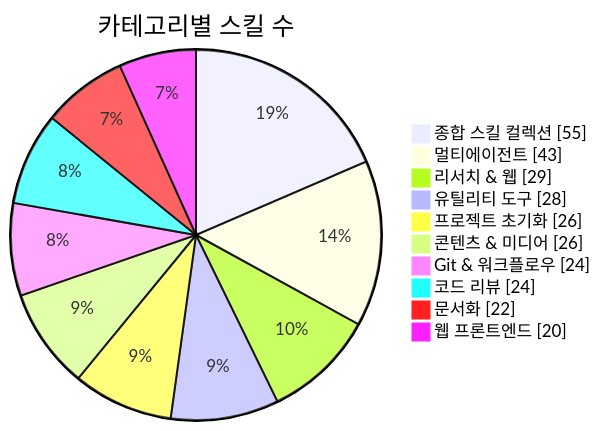
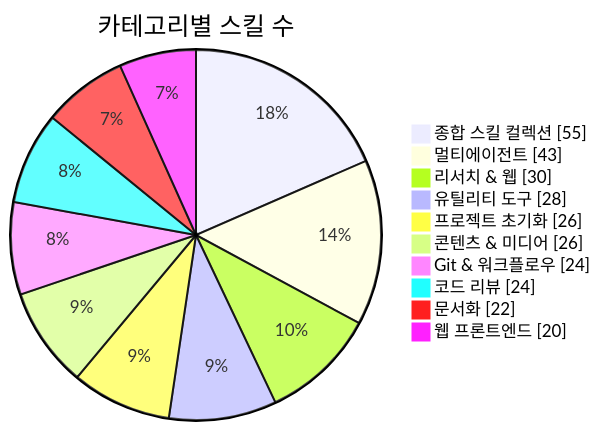
Before and after one commit to J-nowcow/awesome-korean-agent-skills: the first of 3 diagrams in README.md, drawn with Mermaid. The commit also changed other lines of this file and 4 other files, not shown here.

````diff
--- a/README.md
+++ b/README.md
@@ -176,14 +176,14 @@
 ```mermaid
 pie showData
     title 카테고리별 스킬 수
     "종합 스킬 컬렉션" : 55
     "멀티에이전트" : 43
-    "리서치 & 웹" : 29
+    "리서치 & 웹" : 30
     "유틸리티 도구" : 28
     "프로젝트 초기화" : 26
     "콘텐츠 & 미디어" : 26
     "Git & 워크플로우" : 24
     "코드 리뷰" : 24
     "문서화" : 22
     "웹 프론트엔드" : 20
 ```
````
